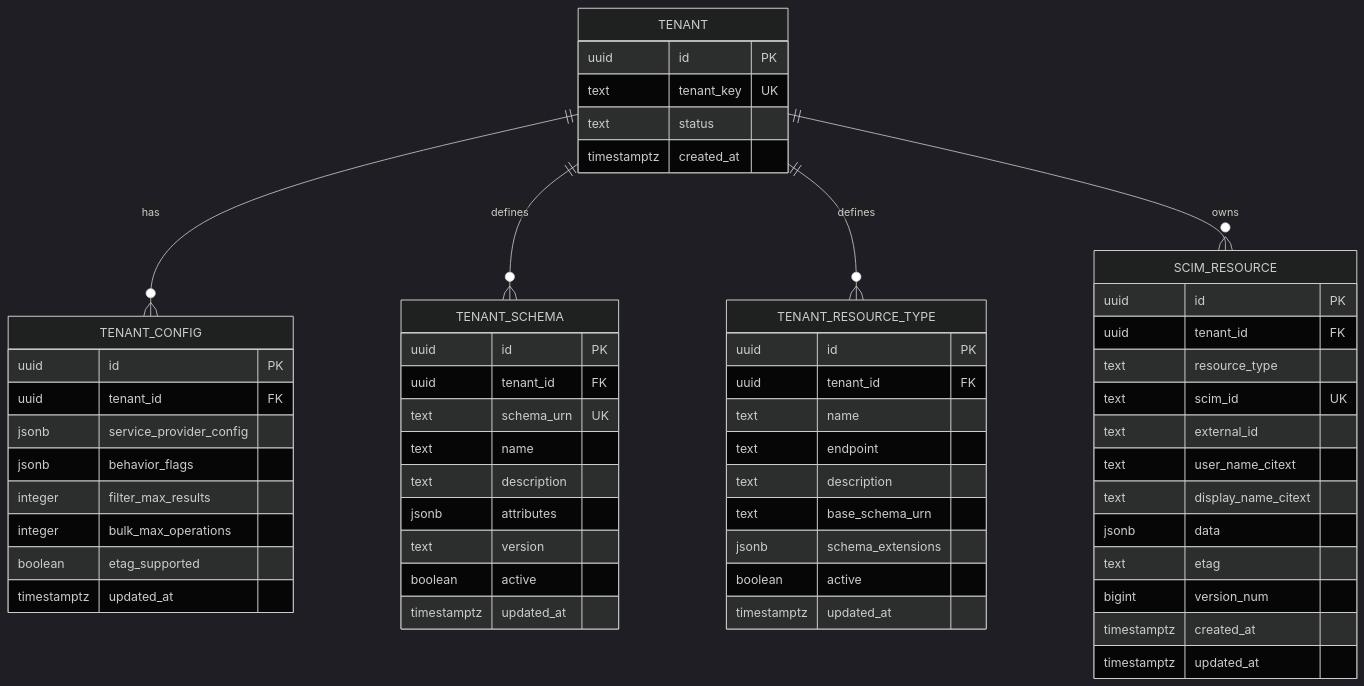
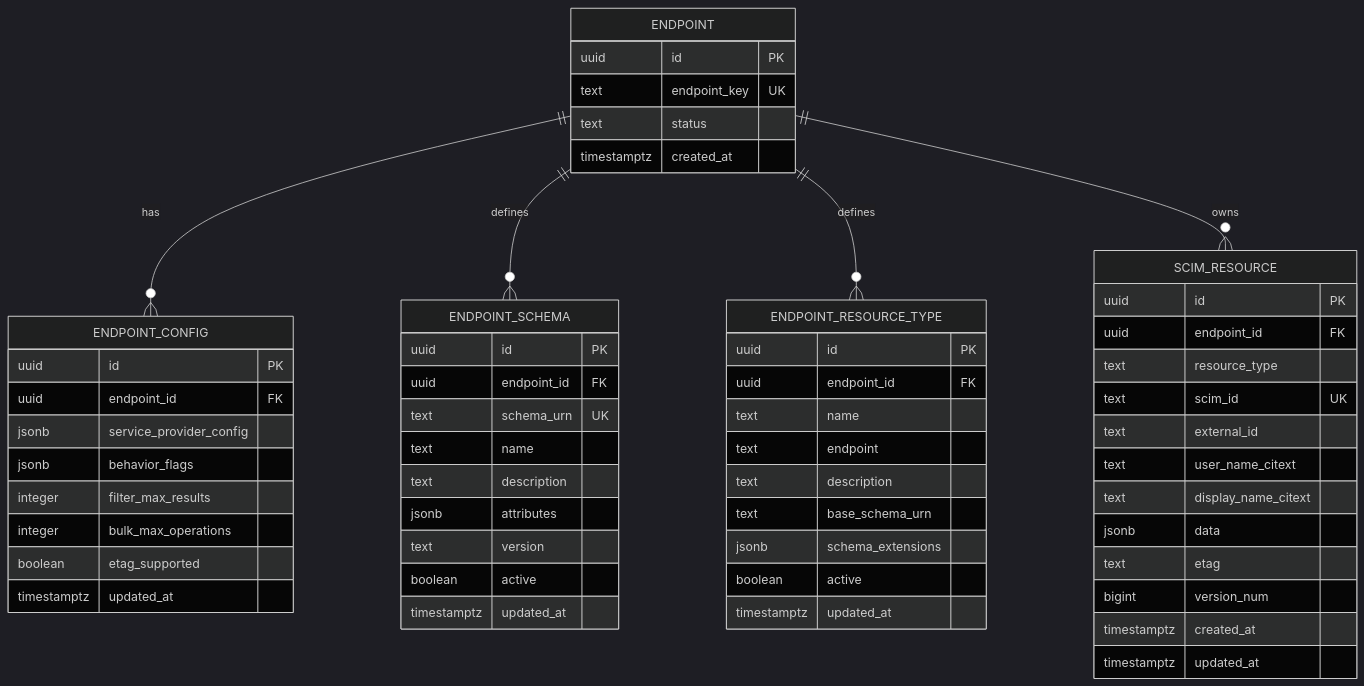
Before and after one commit to pranems/SCIMServer: the second of 3 diagrams in docs/IDEAL_SCIM_ARCHITECTURE_RFC_FIRST_FRESH_2026-02-20.md, drawn with Mermaid (dark theme). The commit also changed other lines of this file and 288 other files, not shown here.

````diff
--- a/docs/IDEAL_SCIM_ARCHITECTURE_RFC_FIRST_FRESH_2026-02-20.md
+++ b/docs/IDEAL_SCIM_ARCHITECTURE_RFC_FIRST_FRESH_2026-02-20.md
@@ -107,64 +107,64 @@
 ```mermaid
 erDiagram
-  TENANT ||--o{ TENANT_CONFIG : has
-  TENANT ||--o{ TENANT_SCHEMA : defines
-  TENANT ||--o{ TENANT_RESOURCE_TYPE : defines
-  TENANT ||--o{ SCIM_RESOURCE : owns
+  ENDPOINT ||--o{ ENDPOINT_CONFIG : has
+  ENDPOINT ||--o{ ENDPOINT_SCHEMA : defines
+  ENDPOINT ||--o{ ENDPOINT_RESOURCE_TYPE : defines
+  ENDPOINT ||--o{ SCIM_RESOURCE : owns
 
-  TENANT {
+  ENDPOINT {
     uuid id PK
-    text tenant_key UK
+    text endpoint_key UK
     text status
     timestamptz created_at
   }
 
-  TENANT_CONFIG {
+  ENDPOINT_CONFIG {
     uuid id PK
-    uuid tenant_id FK
+    uuid endpoint_id FK
     jsonb service_provider_config
     jsonb behavior_flags
     integer filter_max_results
     integer bulk_max_operations
     boolean etag_supported
     timestamptz updated_at
   }
 
-  TENANT_SCHEMA {
+  ENDPOINT_SCHEMA {
     uuid id PK
-    uuid tenant_id FK
+    uuid endpoint_id FK
     text schema_urn UK
     text name
     text description
     jsonb attributes
     text version
     boolean active
     timestamptz updated_at
   }
 
-  TENANT_RESOURCE_TYPE {
+  ENDPOINT_RESOURCE_TYPE {
     uuid id PK
-    uuid tenant_id FK
+    uuid endpoint_id FK
     text name
     text endpoint
     text description
     text base_schema_urn
     jsonb schema_extensions
     boolean active
     timestamptz updated_at
   }
 
   SCIM_RESOURCE {
     uuid id PK
-    uuid tenant_id FK
+    uuid endpoint_id FK
     text resource_type
     text scim_id UK
     text external_id
     text user_name_citext
     text display_name_citext
     jsonb data
     text etag
     bigint version_num
     timestamptz created_at
     timestamptz updated_at
   }
 ```
````
